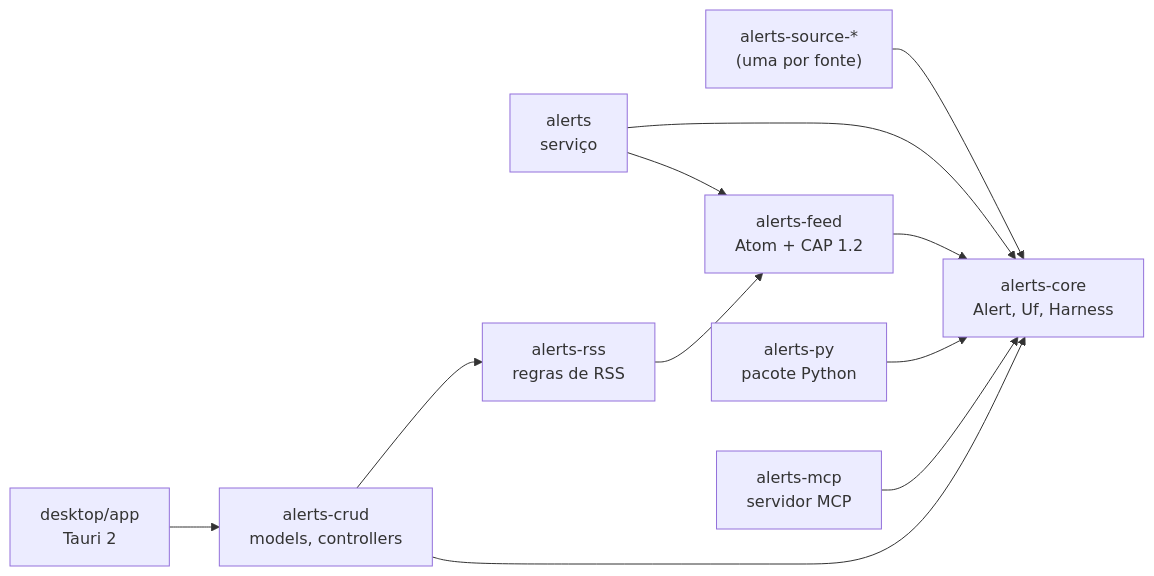
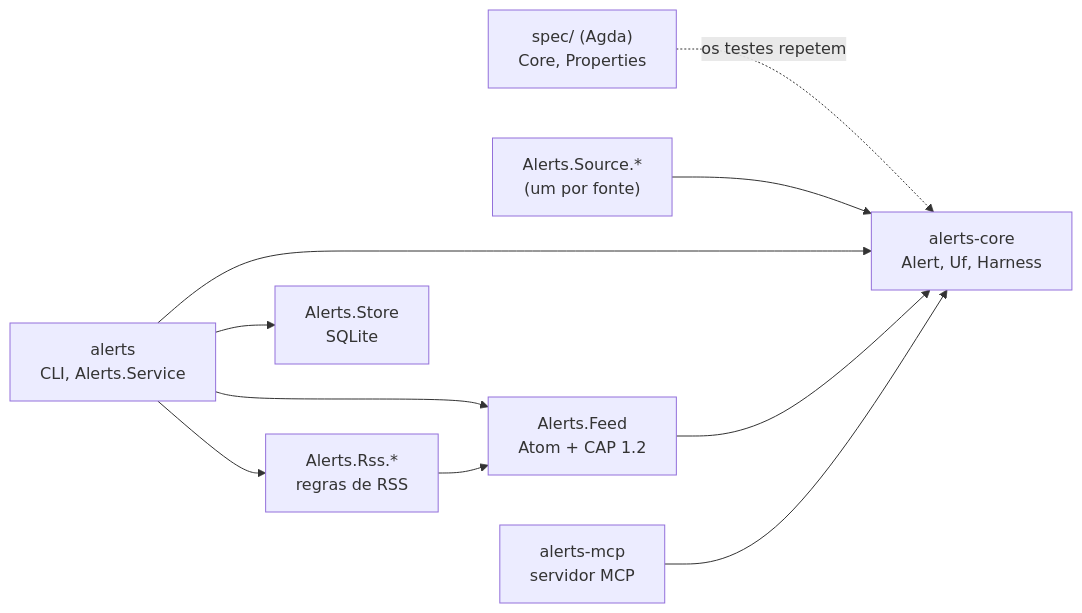
Before and after one commit to piabrota/alerts: the diagram in README.pt-BR.md, drawn with Mermaid. The commit also changed other lines of this file and 227 other files, not shown here.

First line of the commit message:
feat: alerts inteiro em Haskell com especificação em Agda, sem Rust e sem mobile

````diff
--- a/README.pt-BR.md
+++ b/README.pt-BR.md
@@ -142,13 +142,12 @@
 ```mermaid
-%% figure: crates
-%% title: Quais crates existem e quem depende de quem?
+%% figure: packages
+%% title: Quais módulos existem e quem depende de quem?
 flowchart LR
-    S["alerts-source-*<br/>(uma por fonte)"] --> C["alerts-core<br/>Alert, Uf, Harness"]
-    D["alerts<br/>serviço"] --> C
-    D --> F["alerts-feed<br/>Atom + CAP 1.2"] --> C
-    P["alerts-py<br/>pacote Python"] --> C
+    Spec["spec/ (Agda)<br/>Core, Properties"] -. "os testes repetem" .-> C
+    S["Alerts.Source.*<br/>(um por fonte)"] --> C["alerts-core<br/>Alert, Uf, Harness"]
+    D["alerts<br/>CLI, Alerts.Service"] --> C
+    D --> F["Alerts.Feed<br/>Atom + CAP 1.2"] --> C
+    D --> X["Alerts.Rss.*<br/>regras de RSS"] --> F
+    D --> St["Alerts.Store<br/>SQLite"]
     M["alerts-mcp<br/>servidor MCP"] --> C
-    R["alerts-crud<br/>models, controllers"] --> C
-    R --> X["alerts-rss<br/>regras de RSS"] --> F
-    T["desktop/app<br/>Tauri 2"] --> R
 ```
````
